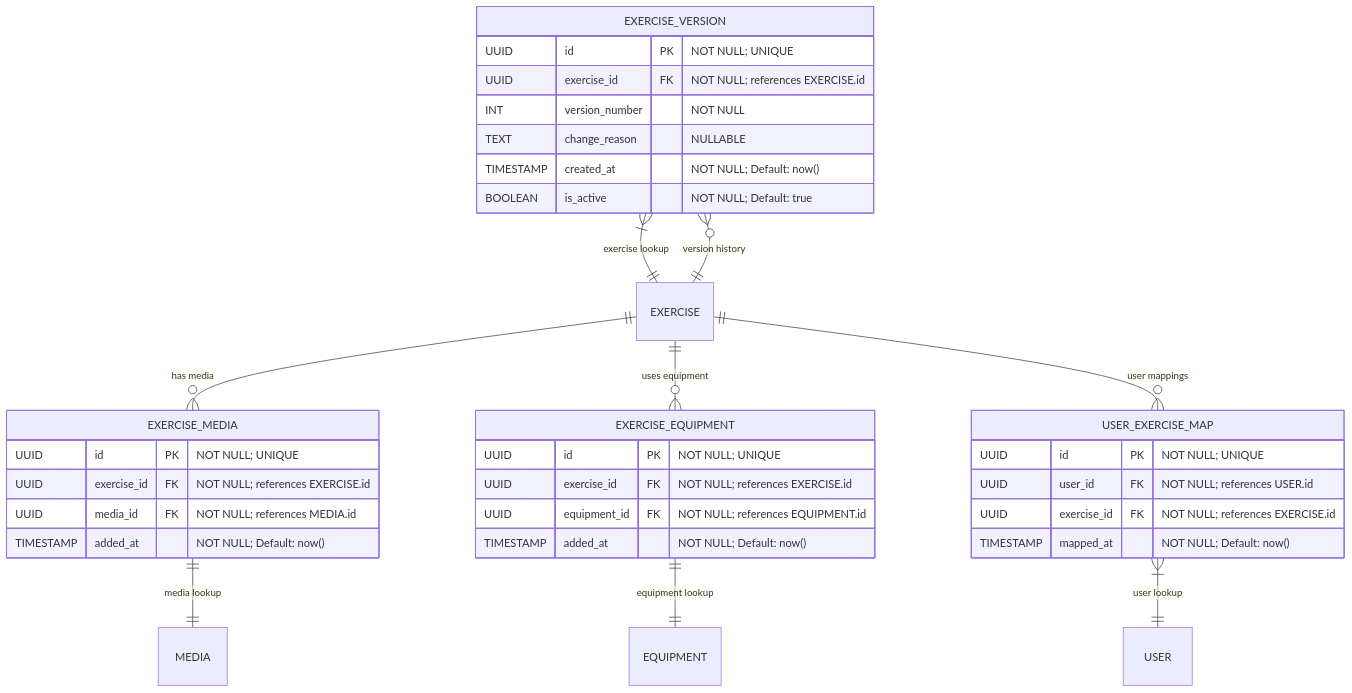
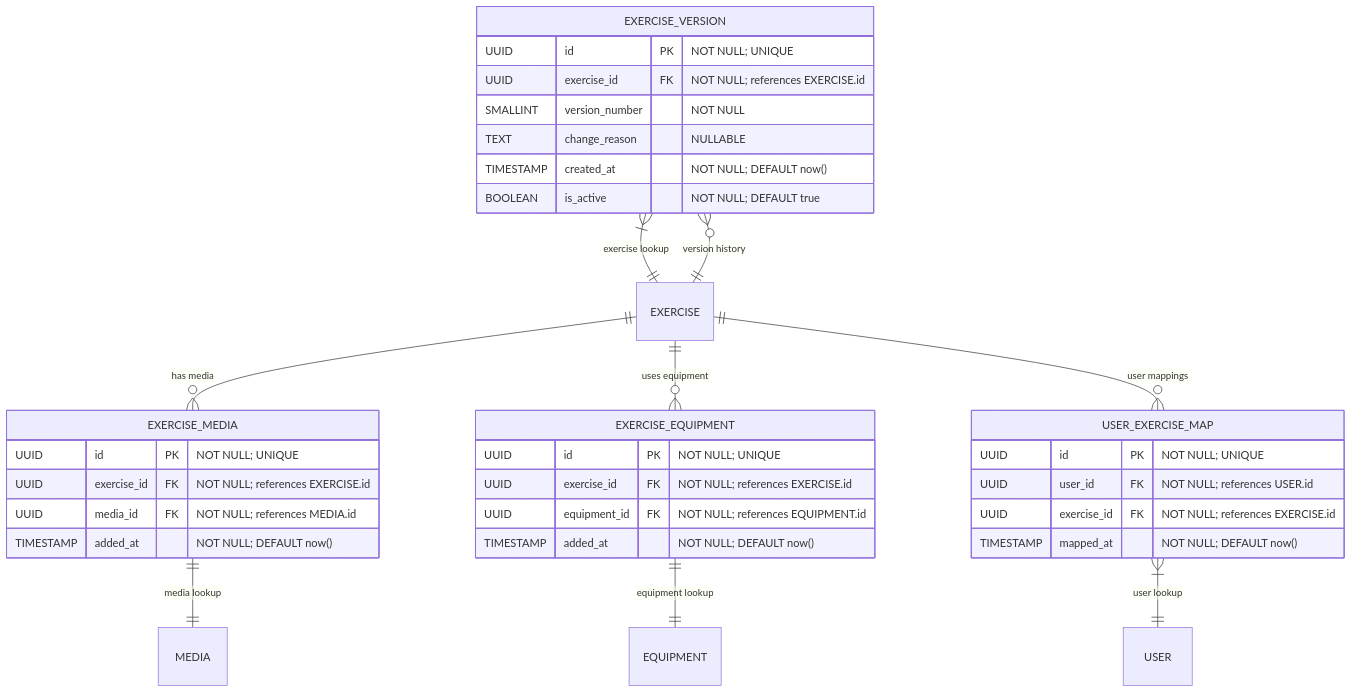
One commit to Dratharias/Motriforge changed the diagram in docs/exercise/metadata_extensions_versioning_media_equipment_user_mapping.md. Above: the diagram before and after it, drawn with Mermaid. The commit also changed 31 other files, not shown here.

````diff
--- a/docs/exercise/metadata_extensions_versioning_media_equipment_user_mapping.md
+++ b/docs/exercise/metadata_extensions_versioning_media_equipment_user_mapping.md
@@ -8,47 +8,47 @@
 ```mermaid
 erDiagram
   %%========================================================
   %% Layer 3: Exercise Metadata & Extensions
   %%========================================================
 
   EXERCISE_VERSION {
     UUID id PK                         "NOT NULL; UNIQUE"
     UUID exercise_id FK                "NOT NULL; references EXERCISE.id"
-    INT version_number                 "NOT NULL"
+    SMALLINT version_number                 "NOT NULL"
     TEXT change_reason                 "NULLABLE"
-    TIMESTAMP created_at               "NOT NULL; Default: now()"
-    BOOLEAN is_active                  "NOT NULL; Default: true"
+    TIMESTAMP created_at               "NOT NULL; DEFAULT now()"
+    BOOLEAN is_active                  "NOT NULL; DEFAULT true"
   }
 
   EXERCISE_MEDIA {
     UUID id PK                         "NOT NULL; UNIQUE"
     UUID exercise_id FK                "NOT NULL; references EXERCISE.id"
     UUID media_id FK                   "NOT NULL; references MEDIA.id"
-    TIMESTAMP added_at                 "NOT NULL; Default: now()"
+    TIMESTAMP added_at                 "NOT NULL; DEFAULT now()"
   }
 
   EXERCISE_EQUIPMENT {
     UUID id PK                         "NOT NULL; UNIQUE"
     UUID exercise_id FK                "NOT NULL; references EXERCISE.id"
     UUID equipment_id FK               "NOT NULL; references EQUIPMENT.id"
-    TIMESTAMP added_at                 "NOT NULL; Default: now()"
+    TIMESTAMP added_at                 "NOT NULL; DEFAULT now()"
   }
 
   USER_EXERCISE_MAP {
     UUID id PK                         "NOT NULL; UNIQUE"
     UUID user_id FK                    "NOT NULL; references USER.id"
     UUID exercise_id FK                "NOT NULL; references EXERCISE.id"
-    TIMESTAMP mapped_at                "NOT NULL; Default: now()"
+    TIMESTAMP mapped_at                "NOT NULL; DEFAULT now()"
   }
 
   %%— Relationships in Layer 3 —
   EXERCISE         ||--o{ EXERCISE_VERSION       : "version history"
   EXERCISE         ||--o{ EXERCISE_MEDIA         : "has media"
   EXERCISE         ||--o{ EXERCISE_EQUIPMENT     : "uses equipment"
   EXERCISE         ||--o{ USER_EXERCISE_MAP      : "user mappings"
   EXERCISE_VERSION }|--|| EXERCISE              : "exercise lookup"
   EXERCISE_MEDIA   ||--|| MEDIA                  : "media lookup"
   EXERCISE_EQUIPMENT ||--|| EQUIPMENT            : "equipment lookup"
   USER_EXERCISE_MAP }|--|| USER                   : "user lookup"
 
 ```
````
